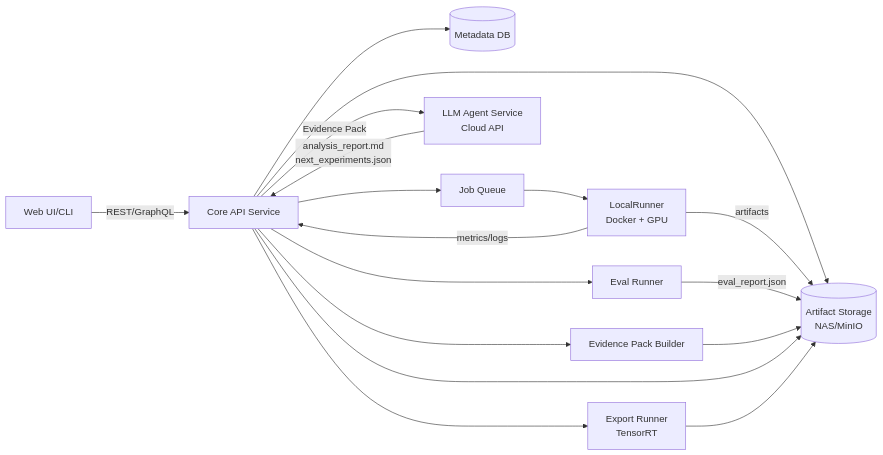
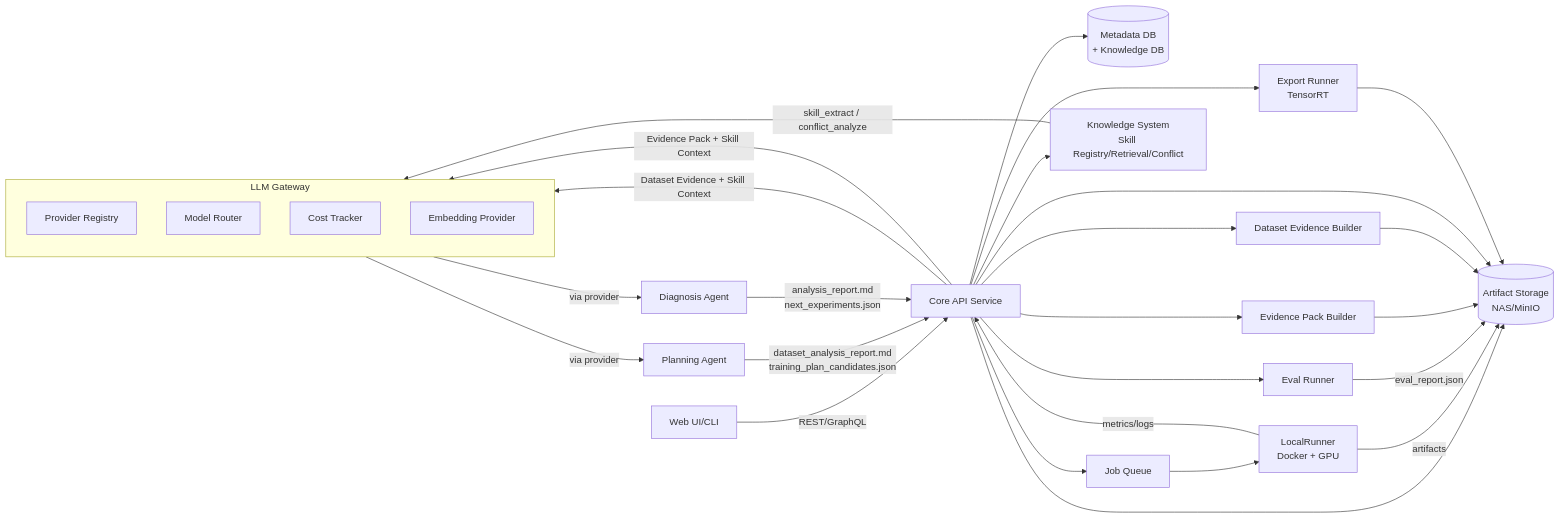
One commit to oneraylee/autopot changed the first of 4 diagrams in docs/init/2.系统架构.md. Above: the diagram before and after it, drawn with Mermaid. The commit also changed other lines of this file and 14 other files, not shown here.

````diff
--- a/docs/init/2.系统架构.md
+++ b/docs/init/2.系统架构.md
@@ -4,22 +4,40 @@
 ```mermaid
 flowchart LR
   U[Web UI/CLI] -->|REST/GraphQL| API[Core API Service]
-  API --> DB[(Metadata DB)]
+  API --> DB[(Metadata DB<br/>+ Knowledge DB)]
   API --> OBJ[(Artifact Storage<br/>NAS/MinIO)]
   API --> Q[Job Queue]
   Q --> R1[LocalRunner<br/>Docker + GPU]
   R1 -->|metrics/logs| API
   R1 -->|artifacts| OBJ
 
   API --> ER[Eval Runner]
   ER -->|eval_report.json| OBJ
   API --> EP[Evidence Pack Builder]
   EP --> OBJ
 
-  API -->|Evidence Pack| AG[LLM Agent Service<br/>Cloud API]
+  API --> DP[Dataset Evidence Builder]
+  DP --> OBJ
+
+  API --> KS[Knowledge System<br/>Skill Registry/Retrieval/Conflict]
+
+  subgraph GW[LLM Gateway]
+    GW1[Provider Registry]
+    GW2[Model Router]
+    GW3[Cost Tracker]
+    GW4[Embedding Provider]
+  end
+
+  KS -->|skill_extract / conflict_analyze| GW
+  API -->|Dataset Evidence + Skill Context| GW
+  GW -->|via provider| PAG[Planning Agent]
+  PAG -->|dataset_analysis_report.md<br/>training_plan_candidates.json| API
+
+  API -->|Evidence Pack + Skill Context| GW
+  GW -->|via provider| AG[Diagnosis Agent]
   AG -->|analysis_report.md<br/>next_experiments.json| API
   API --> OBJ
 
   API --> EX[Export Runner<br/>TensorRT]
   EX --> OBJ
 ```
````
